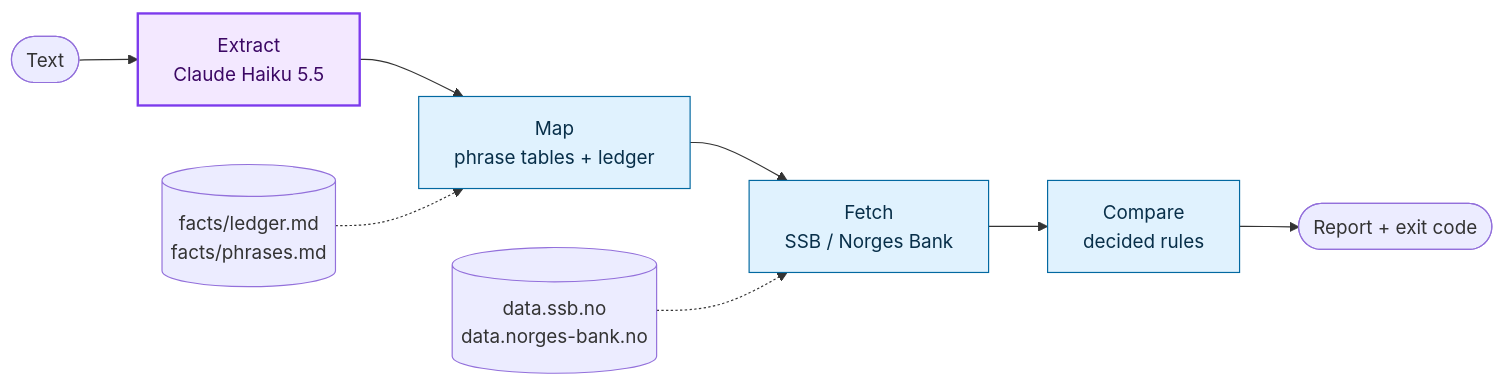
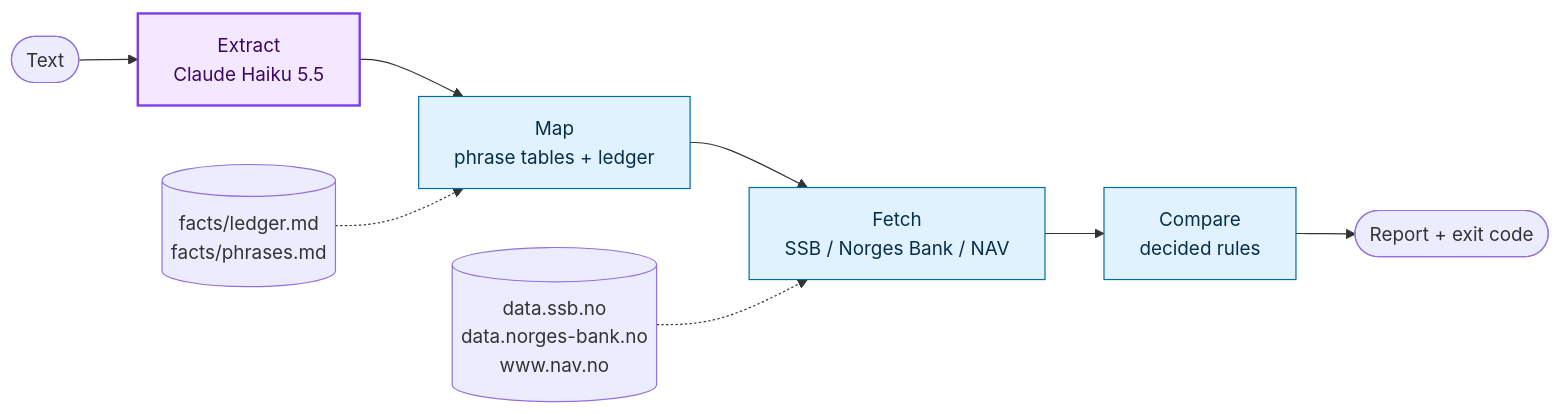
One commit to HaakonMedtoaer/NorFigures changed the diagram in README.md. Above: the diagram before and after it, drawn with Mermaid. The commit also changed other lines of this file and 1 other file, not shown here.

First line of the commit message:
README: bring up to date with NAV, annual figures and the live check

````diff
--- a/README.md
+++ b/README.md
@@ -78,16 +81,16 @@
 ```mermaid
 flowchart LR
     T([Text]) --> E[Extract<br/>Claude Haiku 5.5]
     E --> M[Map<br/>phrase tables + ledger]
-    M --> F[Fetch<br/>SSB / Norges Bank]
+    M --> F[Fetch<br/>SSB / Norges Bank / NAV]
     F --> C[Compare<br/>decided rules]
     C --> R([Report + exit code])
 
     L[(facts/ledger.md<br/>facts/phrases.md)] -.-> M
-    API[(data.ssb.no<br/>data.norges-bank.no)] -.-> F
+    API[(data.ssb.no<br/>data.norges-bank.no<br/>www.nav.no)] -.-> F
 
     classDef agent fill:#f3e8ff,stroke:#7c3aed,stroke-width:2px,color:#3b0764
     classDef code fill:#e0f2fe,stroke:#0369a1,stroke-width:1px,color:#082f49
     class E agent
     class M,F,C code
 ```
````
